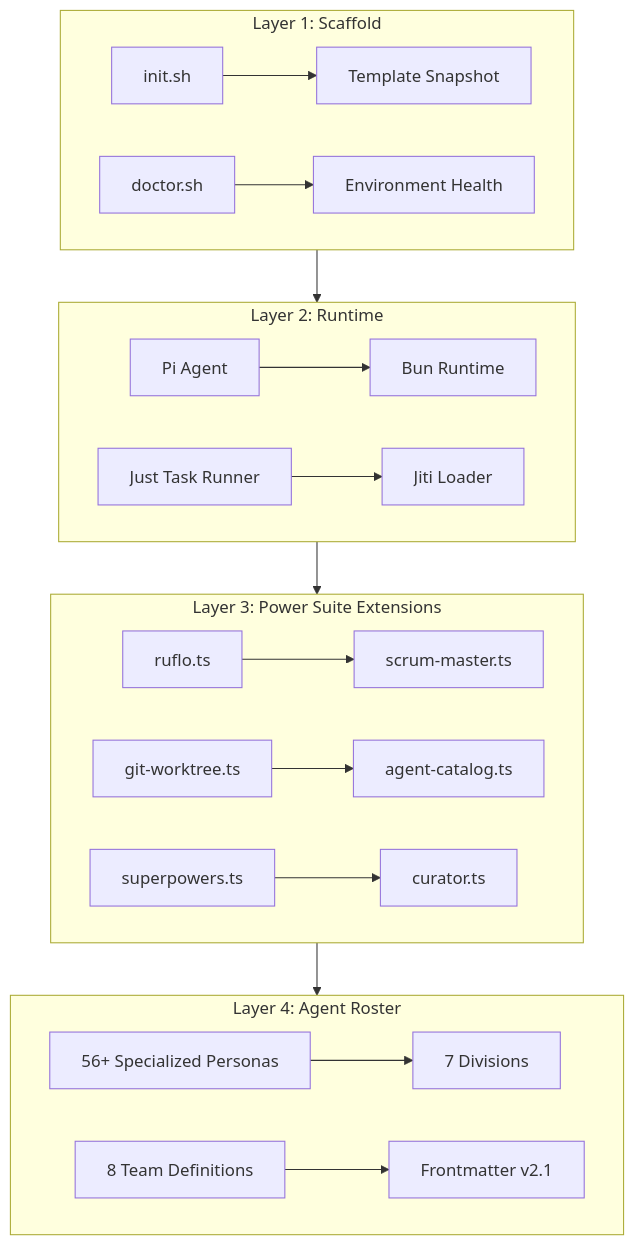
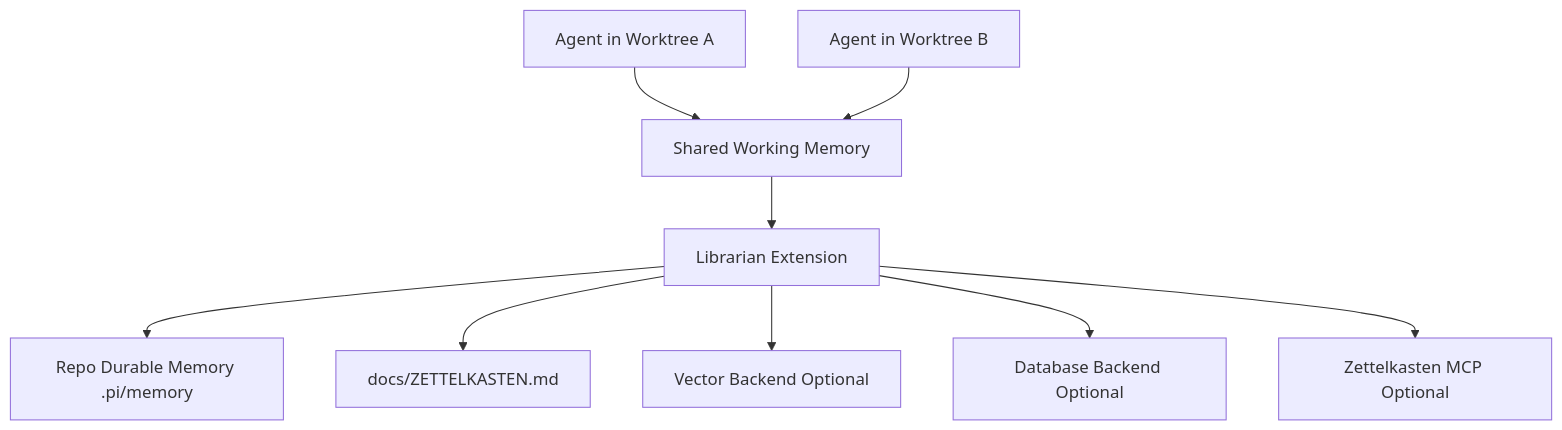
Before and after one commit to hdiesel323/pi-scaffold-v1: the diagram in docs/TDD.md, drawn with Mermaid. The commit also changed other lines of this file and 21 other files, not shown here.

````diff
--- a/docs/TDD.md
+++ b/docs/TDD.md
@@ -19,23 +229,11 @@
 ```mermaid
-graph TD
-    subgraph L1 [Layer 1: Scaffold]
-        A[init.sh] --> B[Template Snapshot]
-        C[doctor.sh] --> D[Environment Health]
-    end
-    subgraph L2 [Layer 2: Runtime]
-        E[Pi Agent] --> F[Bun Runtime]
-        G[Just Task Runner] --> H[Jiti Loader]
-    end
-    subgraph L3 [Layer 3: Power Suite Extensions]
-        I[ruflo.ts] --> J[scrum-master.ts]
-        K[git-worktree.ts] --> L[agent-catalog.ts]
-        M[superpowers.ts] --> N[curator.ts]
-    end
-    subgraph L4 [Layer 4: Agent Roster]
-        O[56+ Specialized Personas] --> P[7 Divisions]
-        Q[8 Team Definitions] --> R[Frontmatter v2.1]
-    end
-    L1 --> L2
-    L2 --> L3
-    L3 --> L4
+flowchart TD
+    A[Agent in Worktree A] --> B[Shared Working Memory]
+    C[Agent in Worktree B] --> B
+    B --> D[Librarian Extension]
+    D --> E[Repo Durable Memory .pi/memory]
+    D --> F[docs/ZETTELKASTEN.md]
+    D --> G[Vector Backend Optional]
+    D --> H[Database Backend Optional]
+    D --> I[Zettelkasten MCP Optional]
 ```
````
